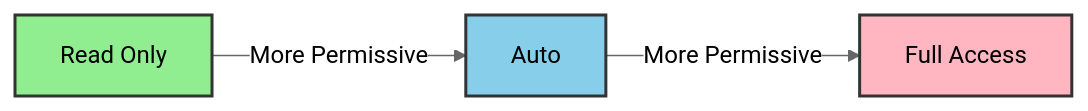
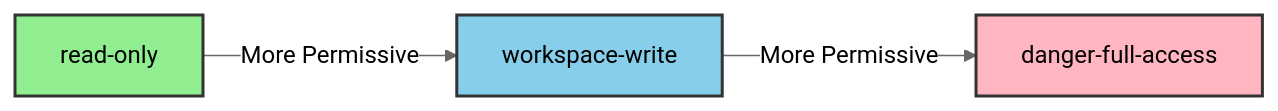
One commit to kousen/codex-training changed the first of 4 diagrams in slides.md. Above: the diagram before and after it, drawn with Mermaid (neutral theme). The commit also changed other lines of this file and 2 other files, not shown here.

````diff
--- a/slides.md
+++ b/slides.md
@@ -400,13 +400,13 @@
 ```mermaid
 graph LR
-    A[Read Only] -->|More Permissive| B[Auto]
-    B -->|More Permissive| C[Full Access]
+    A[read-only] -->|More Permissive| B[workspace-write]
+    B -->|More Permissive| C[danger-full-access]
 
     A:::safe
     B:::default
     C:::danger
 
     classDef safe fill:#90EE90,stroke:#333,stroke-width:2px,color:#000
     classDef default fill:#87CEEB,stroke:#333,stroke-width:2px,color:#000
     classDef danger fill:#FFB6C1,stroke:#333,stroke-width:2px,color:#000
 ```
````
